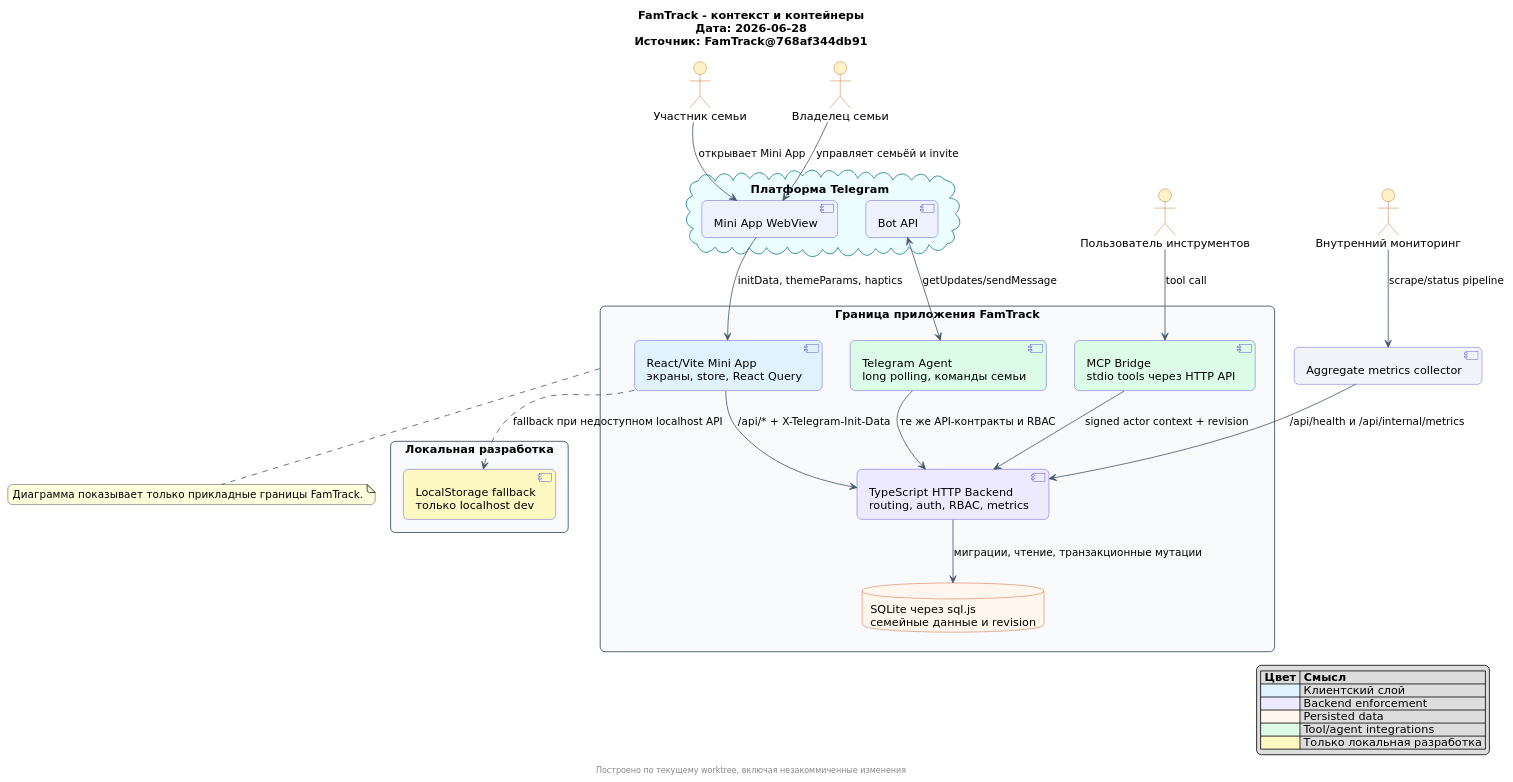
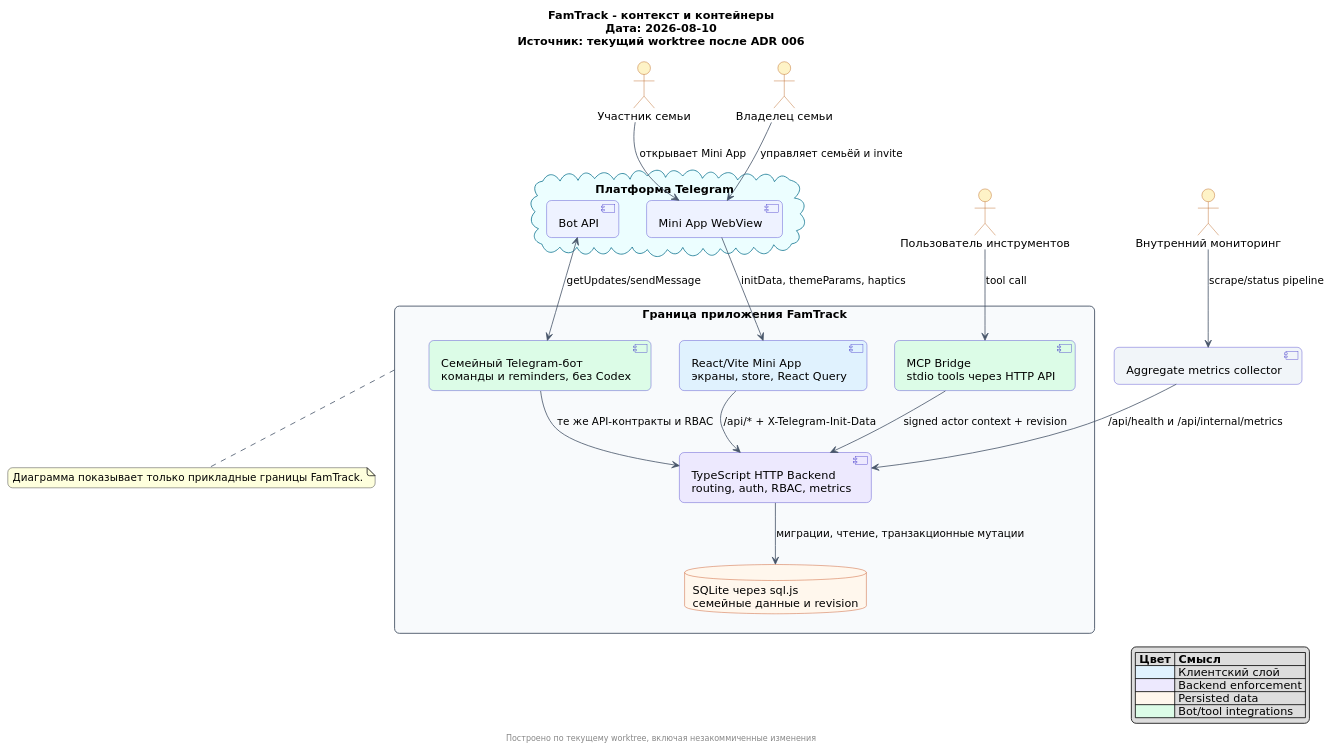
The diagram in docs/architecture/diagrams/container-context.puml (NaqpaniA/FamTrack), drawn with PlantUML before and after one commit. The commit also changed other lines of this file and 44 other files, not shown here.

```diff
--- a/docs/architecture/diagrams/container-context.puml
+++ b/docs/architecture/diagrams/container-context.puml
@@ -1,88 +1,81 @@
 @startuml
 title
 FamTrack - контекст и контейнеры
-Дата: 2026-06-28
-Источник: FamTrack@768af344db91
+Дата: 2026-08-10
+Источник: текущий worktree после ADR 006
 end title
 footer Построено по текущему worktree, включая незакоммиченные изменения
 
 skinparam shadowing false
 skinparam roundcorner 12
 skinparam defaultFontName "DejaVu Sans"
 skinparam ArrowColor #475569
 skinparam actor {
   BackgroundColor #FEF3C7
   BorderColor #B45309
 }
 skinparam rectangle {
   BackgroundColor #F8FAFC
   BorderColor #334155
 }
 skinparam component {
   BackgroundColor #EEF2FF
   BorderColor #4338CA
 }
 skinparam database {
   BackgroundColor #FFF7ED
   BorderColor #C2410C
 }
 skinparam cloud {
   BackgroundColor #ECFEFF
   BorderColor #0E7490
 }
 
 actor "Участник семьи" as FamilyMember
 actor "Владелец семьи" as FamilyOwner
 actor "Пользователь инструментов" as ToolUser
 actor "Внутренний мониторинг" as MonitoringUser
 
 cloud "Платформа Telegram" as Telegram {
   component "Mini App WebView" as WebView
   component "Bot API" as BotApi
 }
 
 rectangle "Граница приложения FamTrack" as AppBoundary {
   component "React/Vite Mini App\nэкраны, store, React Query" as Frontend #E0F2FE
   component "TypeScript HTTP Backend\nrouting, auth, RBAC, metrics" as Backend #EDE9FE
   database "SQLite через sql.js\nсемейные данные и revision" as SQLite
-  component "Telegram Agent\nlong polling, команды семьи" as Agent #DCFCE7
+  component "Семейный Telegram-бот\nкоманды и reminders, без Codex" as FamilyBot #DCFCE7
   component "MCP Bridge\nstdio tools через HTTP API" as MCP #DCFCE7
-}
-
-rectangle "Локальная разработка" as LocalDev {
-  component "LocalStorage fallback\nтолько localhost dev" as LocalFallback #FEF9C3
 }
 
 component "Aggregate metrics collector" as Collector #F1F5F9
 
 FamilyMember --> WebView : открывает Mini App
 FamilyOwner --> WebView : управляет семьёй и invite
 WebView --> Frontend : initData, themeParams, haptics
 Frontend --> Backend : /api/* + X-Telegram-Init-Data
 Backend --> SQLite : миграции, чтение, транзакционные мутации
 
-BotApi <--> Agent : getUpdates/sendMessage
-Agent --> Backend : те же API-контракты и RBAC
+BotApi <--> FamilyBot : getUpdates/sendMessage
+FamilyBot --> Backend : те же API-контракты и RBAC
 
 ToolUser --> MCP : tool call
 MCP --> Backend : signed actor context + revision
 
 MonitoringUser --> Collector : scrape/status pipeline
 Collector --> Backend : /api/health и /api/internal/metrics
 
-Frontend ..> LocalFallback : fallback при недоступном localhost API
-
 legend right
   |= Цвет |= Смысл |
   |<#E0F2FE>| Клиентский слой |
   |<#EDE9FE>| Backend enforcement |
   |<#FFF7ED>| Persisted data |
-  |<#DCFCE7>| Tool/agent integrations |
-  |<#FEF9C3>| Только локальная разработка |
+  |<#DCFCE7>| Bot/tool integrations |
 endlegend
 
 note bottom of AppBoundary
 Диаграмма показывает только прикладные границы FamTrack.
 end note
 
 @enduml
```
